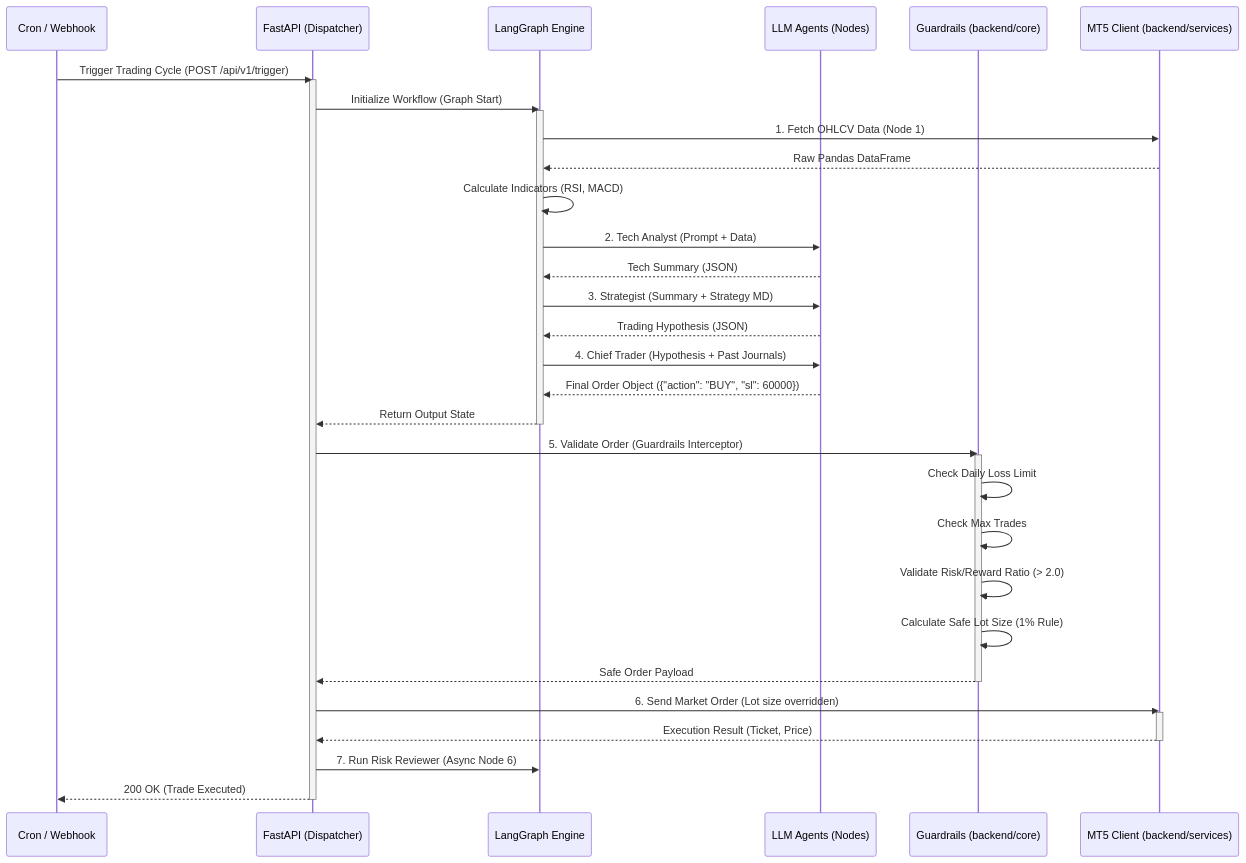
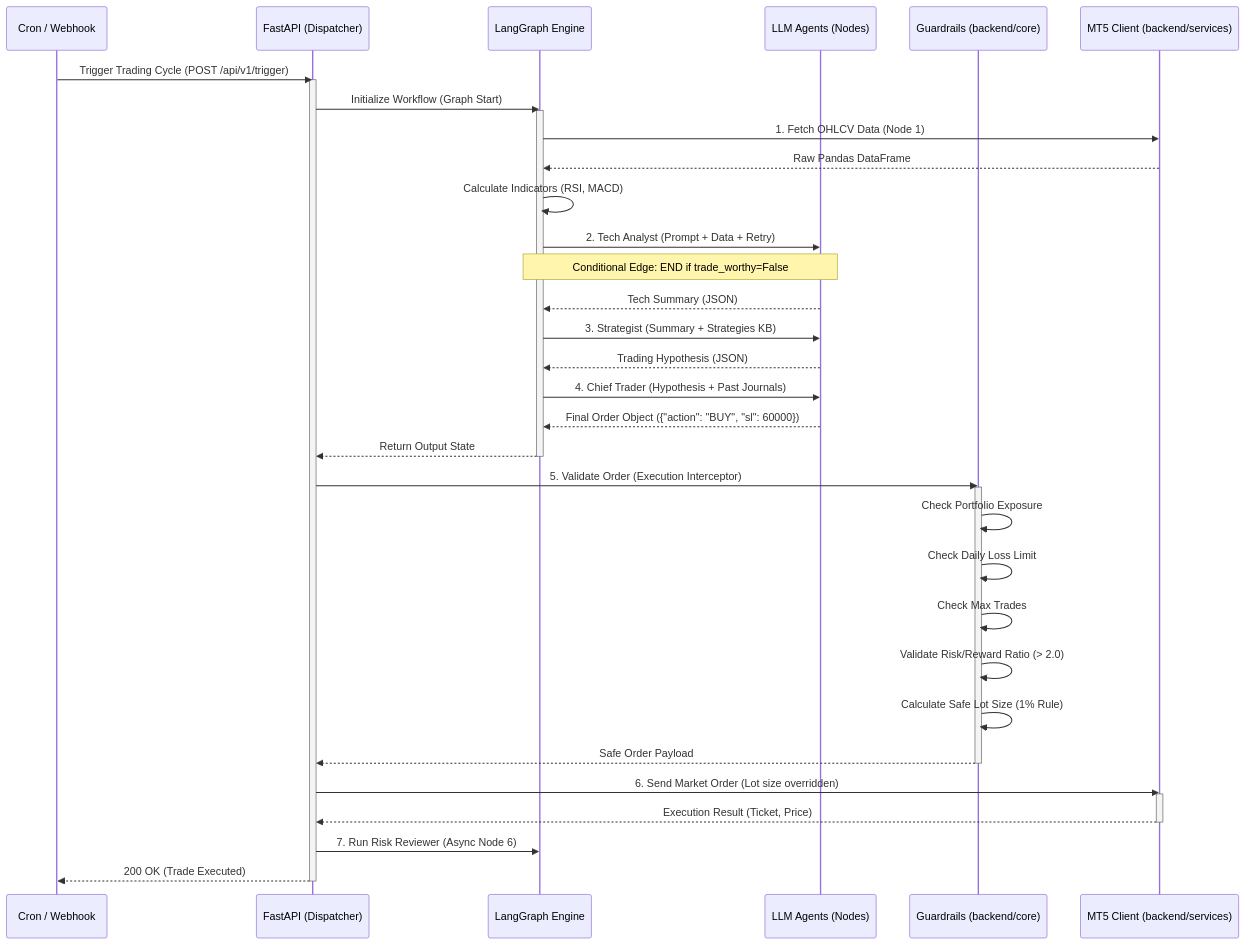
The diagram in docs/system-execution-flow.md (insung/agentic-trader), drawn with Mermaid before and after one commit. The commit also changed other lines of this file and 2 other files, not shown here.

Commit message:
{ "message": "docs: update architecture diagrams and descriptions to reflect 7 core fixes" }

````diff
--- a/docs/system-execution-flow.md
+++ b/docs/system-execution-flow.md
@@ -7,55 +7,57 @@
 ```mermaid
 sequenceDiagram
     participant User as Cron / Webhook
     participant FastAPI as FastAPI (Dispatcher)
     participant Graph as LangGraph Engine
     participant Agent as LLM Agents (Nodes)
     participant Core as Guardrails (backend/core)
     participant MT5 as MT5 Client (backend/services)
 
     User->>FastAPI: Trigger Trading Cycle (POST /api/v1/trigger)
     activate FastAPI
     FastAPI->>Graph: Initialize Workflow (Graph Start)
     activate Graph
 
     %% Node 1
     Graph->>MT5: 1. Fetch OHLCV Data (Node 1)
     MT5-->>Graph: Raw Pandas DataFrame
     Graph->>Graph: Calculate Indicators (RSI, MACD)
     
     %% Node 2, 3, 4
-    Graph->>Agent: 2. Tech Analyst (Prompt + Data)
+    Graph->>Agent: 2. Tech Analyst (Prompt + Data + Retry)
+    Note over Graph, Agent: Conditional Edge: END if trade_worthy=False
     Agent-->>Graph: Tech Summary (JSON)
     
-    Graph->>Agent: 3. Strategist (Summary + Strategy MD)
+    Graph->>Agent: 3. Strategist (Summary + Strategies KB)
     Agent-->>Graph: Trading Hypothesis (JSON)
     
     %% Node 5
     Graph->>Agent: 4. Chief Trader (Hypothesis + Past Journals)
     Agent-->>Graph: Final Order Object ({"action": "BUY", "sl": 60000})
     
     Graph-->>FastAPI: Return Output State
     deactivate Graph
 
     %% Validation & Execution
-    FastAPI->>Core: 5. Validate Order (Guardrails Interceptor)
+    FastAPI->>Core: 5. Validate Order (Execution Interceptor)
     activate Core
+    Core->>Core: Check Portfolio Exposure
     Core->>Core: Check Daily Loss Limit
     Core->>Core: Check Max Trades
     Core->>Core: Validate Risk/Reward Ratio (> 2.0)
     Core->>Core: Calculate Safe Lot Size (1% Rule)
     Core-->>FastAPI: Safe Order Payload
     deactivate Core
 
     %% MT5 Order
     FastAPI->>MT5: 6. Send Market Order (Lot size overridden)
     activate MT5
     MT5-->>FastAPI: Execution Result (Ticket, Price)
     deactivate MT5
     
     %% Async Review (Optional)
     FastAPI->>Graph: 7. Run Risk Reviewer (Async Node 6)
     
     FastAPI-->>User: 200 OK (Trade Executed)
     deactivate FastAPI
 ```
````
